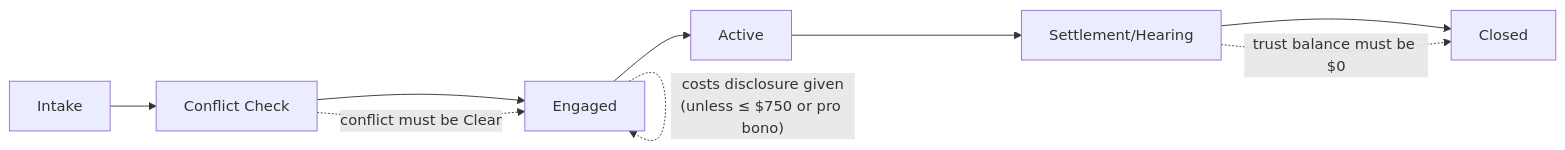
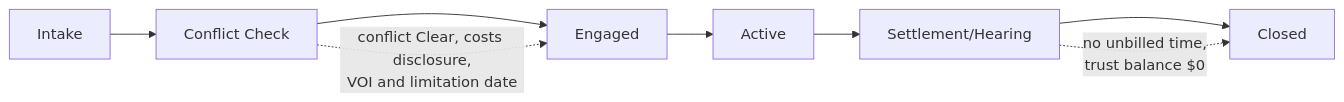
The second of 5 diagrams in docs/domain-workflows.md (SatwikNarangSegueIT/CRM-Migration-agent), drawn with Mermaid before and after one commit. The commit also changed other lines of this file and 33 other files, not shown here.

````diff
--- a/docs/domain-workflows.md
+++ b/docs/domain-workflows.md
@@ -80,7 +107,6 @@
 ```mermaid
 flowchart LR
   I[Intake] --> CC[Conflict Check] --> E[Engaged] --> A[Active] --> S[Settlement/Hearing] --> X[Closed]
-  CC -. "conflict must be Clear" .-> E
-  E -. "costs disclosure given<br/>(unless ≤ $750 or pro bono)" .-> E
-  S -. "trust balance must be $0" .-> X
+  CC -. "conflict Clear, costs disclosure,<br/>VOI and limitation date" .-> E
+  S -. "no unbilled time,<br/>trust balance $0" .-> X
 ```
````
